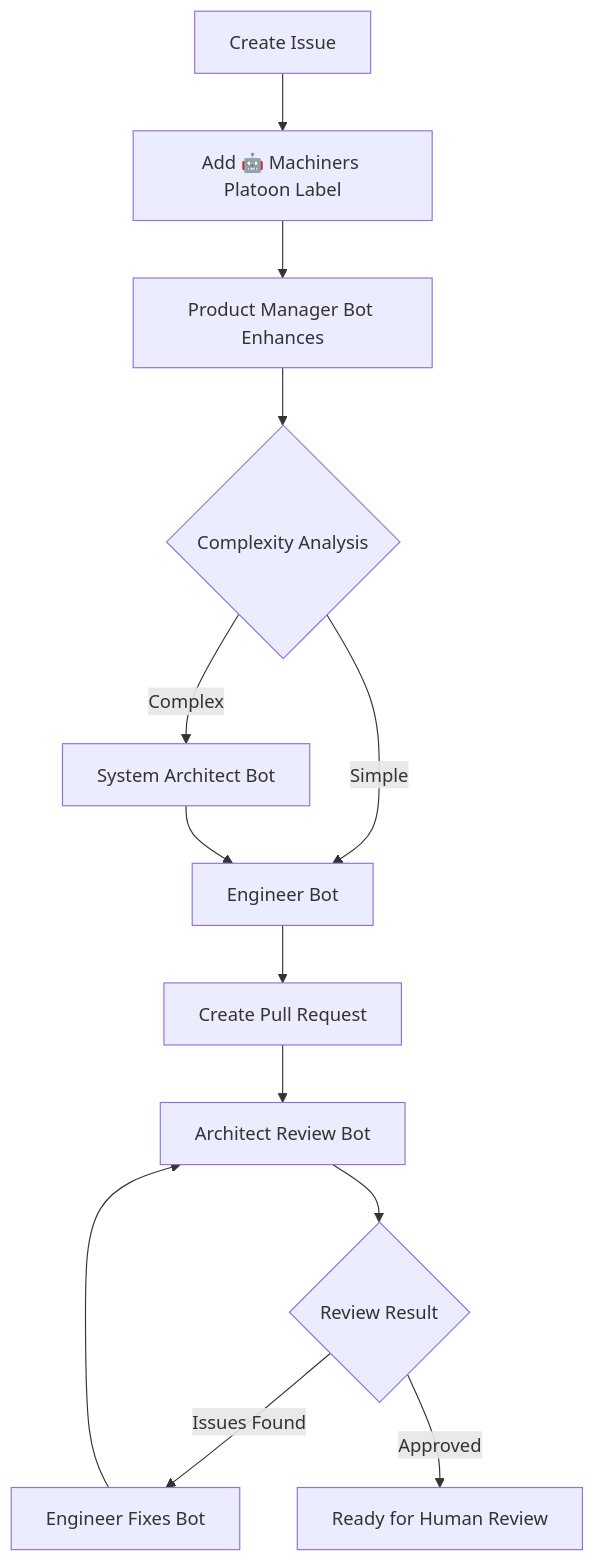
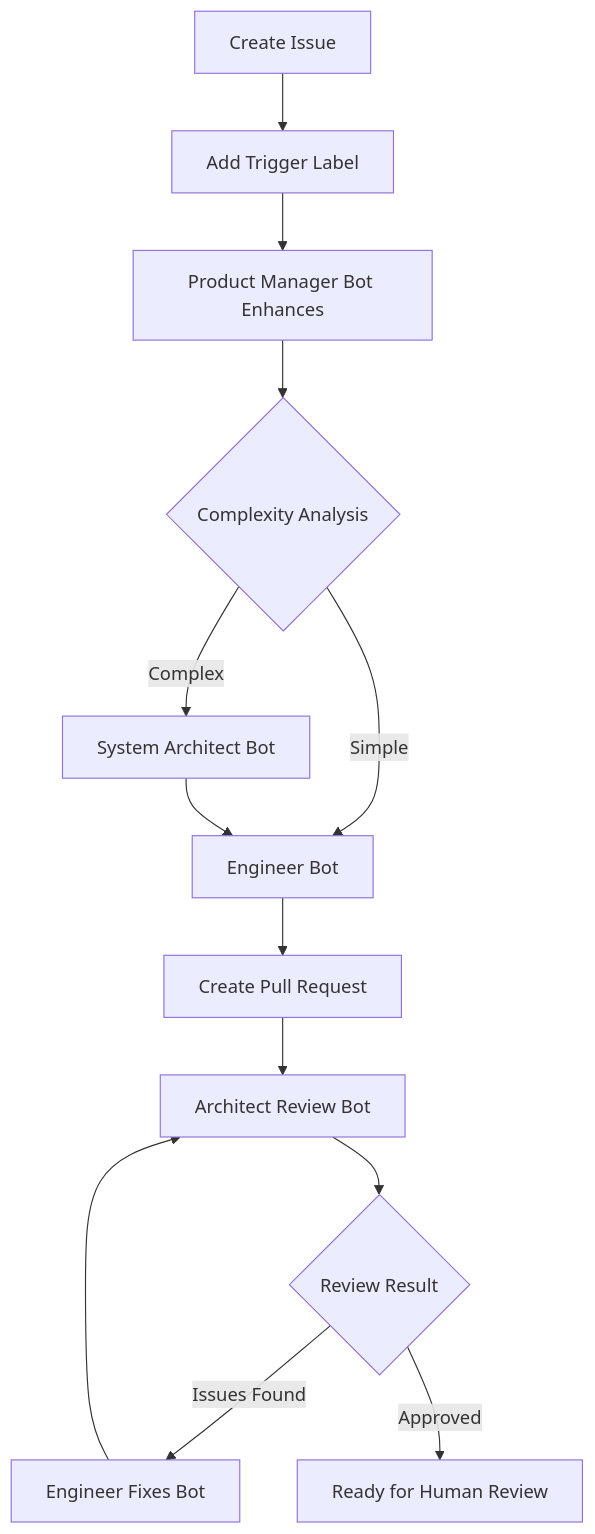
Before and after one commit to convcha/machiners-platoon: the diagram in README.md, drawn with Mermaid. The commit also changed other lines of this file and 6 other files, not shown here.

Commit message:
Update bot workflows and documentation to support configurable trigger label

````diff
--- a/README.md
+++ b/README.md
@@ -149,15 +150,15 @@
 ```mermaid
 graph TD
-    A[Create Issue] --> B[Add 🤖 Machiners Platoon Label]
+    A[Create Issue] --> B[Add Trigger Label]
     B --> C[Product Manager Bot Enhances]
     C --> D{Complexity Analysis}
     D -->|Complex| E[System Architect Bot]
     D -->|Simple| F[Engineer Bot]
     E --> F
     F --> G[Create Pull Request]
     G --> H[Architect Review Bot]
     H --> I{Review Result}
     I -->|Issues Found| J[Engineer Fixes Bot]
     I -->|Approved| K[Ready for Human Review]
     J --> H
 ```
````
